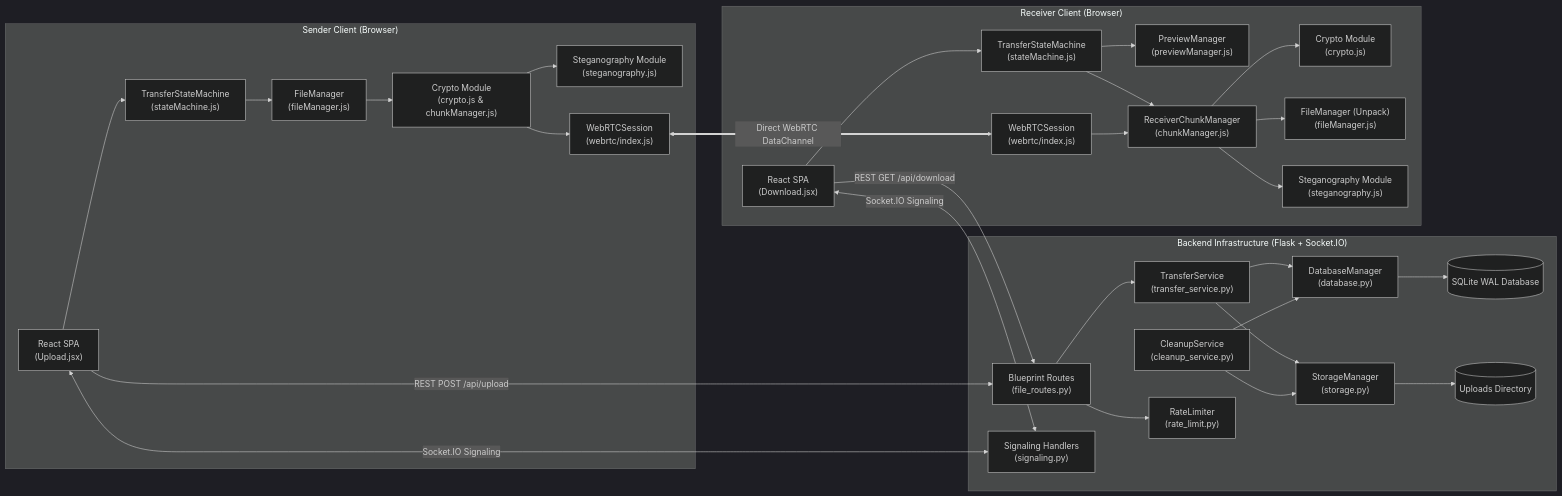
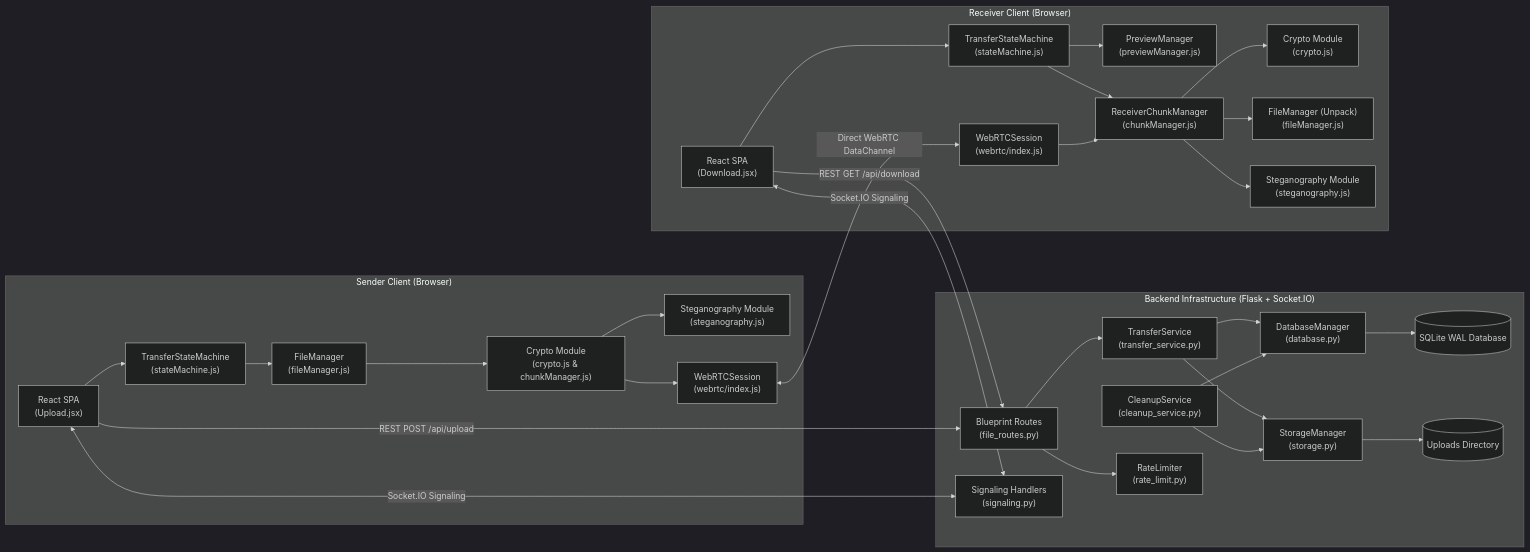
Before and after one commit to sujalkathait93-lab/filesender: the first of 8 diagrams in README.md, drawn with Mermaid (dark theme). The commit also changed other lines of this file, not shown here.

Commit message:
docs: fix Mermaid diagram sequence and flowchart syntax [skip ci]

````diff
--- a/README.md
+++ b/README.md
@@ -96,47 +96,47 @@
 ```mermaid
 flowchart LR
     subgraph Sender["Sender Client (Browser)"]
         UI1["React SPA\n(Upload.jsx)"] --> FSM1["TransferStateMachine\n(stateMachine.js)"]
         FSM1 --> FM1["FileManager\n(fileManager.js)"]
         FM1 --> CRYPTO1["Crypto Module\n(crypto.js & chunkManager.js)"]
         CRYPTO1 --> STEGO1["Steganography Module\n(steganography.js)"]
         CRYPTO1 --> W1["WebRTCSession\n(webrtc/index.js)"]
     end
 
     subgraph Server["Backend Infrastructure (Flask + Socket.IO)"]
         ROUTER["Blueprint Routes\n(file_routes.py)"]
         SIG["Signaling Handlers\n(signaling.py)"]
         TS["TransferService\n(transfer_service.py)"]
         CS["CleanupService\n(cleanup_service.py)"]
         RL["RateLimiter\n(rate_limit.py)"]
         DBM["DatabaseManager\n(database.py)"]
         SM["StorageManager\n(storage.py)"]
         DB[(SQLite WAL Database)]
         DISK[(Uploads Directory)]
     end
 
     subgraph Receiver["Receiver Client (Browser)"]
         UI2["React SPA\n(Download.jsx)"] --> FSM2["TransferStateMachine\n(stateMachine.js)"]
         FSM2 --> PM2["PreviewManager\n(previewManager.js)"]
         FSM2 --> RCM["ReceiverChunkManager\n(chunkManager.js)"]
         RCM --> CRYPTO2["Crypto Module\n(crypto.js)"]
         RCM --> FM2["FileManager (Unpack)\n(fileManager.js)"]
         RCM --> STEGO2["Steganography Module\n(steganography.js)"]
         W2["WebRTCSession\n(webrtc/index.js)"] --> RCM
     end
 
     UI1 -->|REST POST /api/upload| ROUTER
     ROUTER --> RL
     ROUTER --> TS
     TS --> DBM
     TS --> SM
     DBM --> DB
     SM --> DISK
     CS --> DBM
     CS --> SM
 
     UI1 <-->|Socket.IO Signaling| SIG
     UI2 <-->|Socket.IO Signaling| SIG
-    W1 <===>|Direct WebRTC DataChannel| W2
+    W1 <-->|Direct WebRTC DataChannel| W2
     UI2 -->|REST GET /api/download| ROUTER
 ```
````
